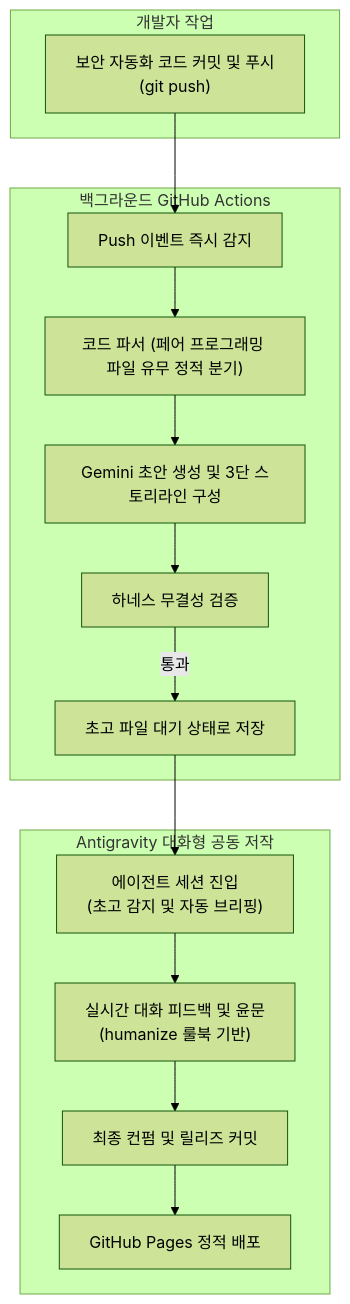
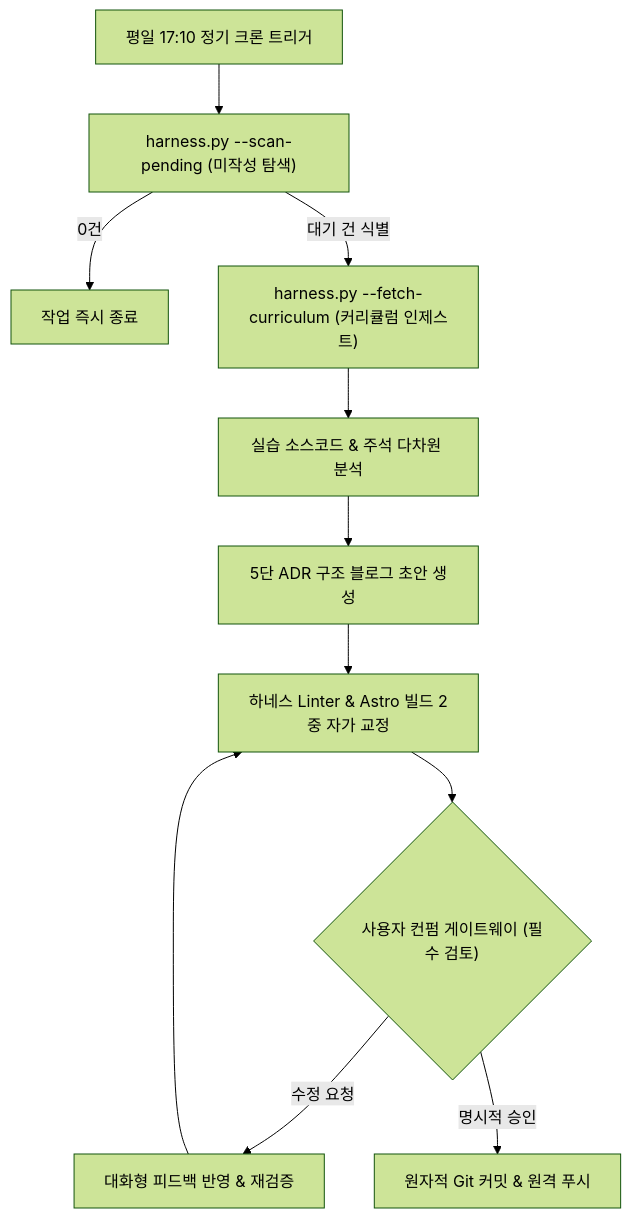
Before and after one commit to mmmphyun/security-agent-toolkit: the diagram in docs/posts/proj-devlog-agent-pipeline-03-zero-command-and-coauthoring.md, drawn with Mermaid (forest theme). The commit also changed other lines of this file and 7 other files, not shown here.

````diff
--- a/docs/posts/proj-devlog-agent-pipeline-03-zero-command-and-coauthoring.md
+++ b/docs/posts/proj-devlog-agent-pipeline-03-zero-command-and-coauthoring.md
@@ -50,21 +21,15 @@
 ```mermaid
 flowchart TD
-    subgraph Developer_Action["개발자 작업"]
-        A["보안 자동화 코드 커밋 및 푸시<br>(git push)"]
-    end
-
-    subgraph Background_CI["백그라운드 GitHub Actions"]
-        A --> B["Push 이벤트 즉시 감지"]
-        B --> C["코드 파서 (페어 프로그래밍 파일 유무 정적 분기)"]
-        C --> D["Gemini 초안 생성 및 3단 스토리라인 구성"]
-        D --> E["하네스 무결성 검증"]
-        E -->|통과| F["초고 파일 대기 상태로 저장"]
-    end
-
-    subgraph Interactive_CoAuthoring["Antigravity 대화형 공동 저작"]
-        F --> G["에이전트 세션 진입<br>(초고 감지 및 자동 브리핑)"]
-        G --> H["실시간 대화 피드백 및 윤문<br>(humanize 룰북 기반)"]
-        H --> I["최종 컨펌 및 릴리즈 커밋"]
-        I --> J["GitHub Pages 정적 배포"]
-    end
+    A["평일 17:10 정기 크론 트리거"] --> B["harness.py --scan-pending (미작성 탐색)"]
+    B -->|0건| C["작업 즉시 종료"]
+    B -->|대기 건 식별| D["harness.py --fetch-curriculum (커리큘럼 인제스트)"]
+    D --> E["실습 소스코드 & 주석 다차원 분석"]
+    F["5단 ADR 구조 블로그 초안 생성"]
+    E --> F
+    F --> G["하네스 Linter & Astro 빌드 2중 자가 교정"]
+    H{"사용자 컨펌 게이트웨이 (필수 검토)"}
+    G --> H
+    H -->|수정 요청| I["대화형 피드백 반영 & 재검증"]
+    I --> G
+    H -->|명시적 승인| J["원자적 Git 커밋 & 원격 푸시"]
 ```
````
